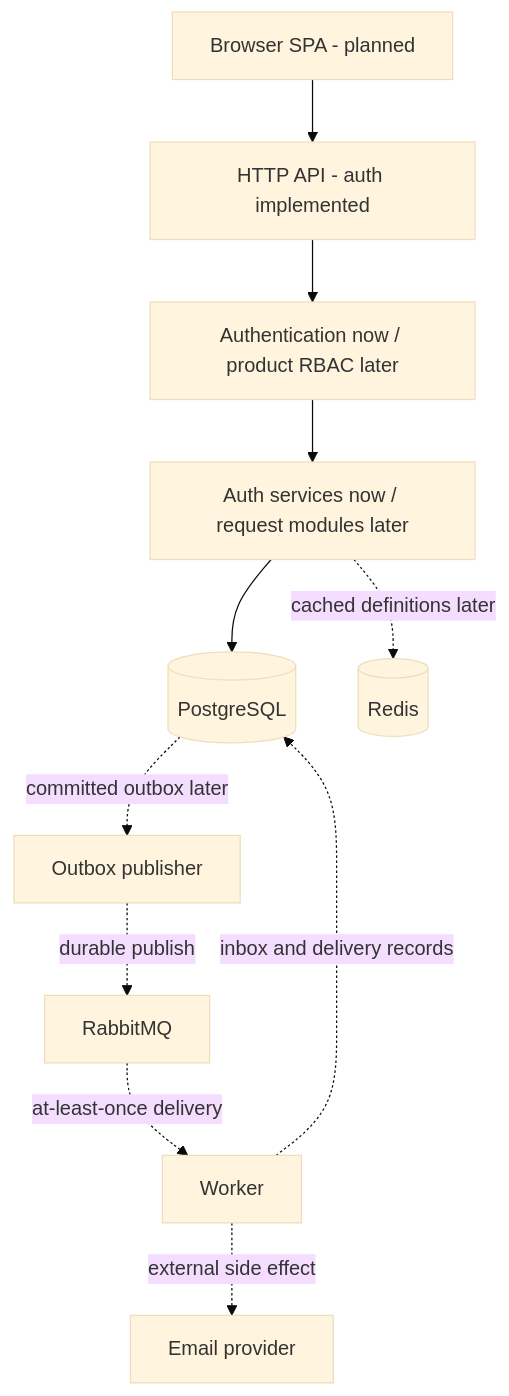
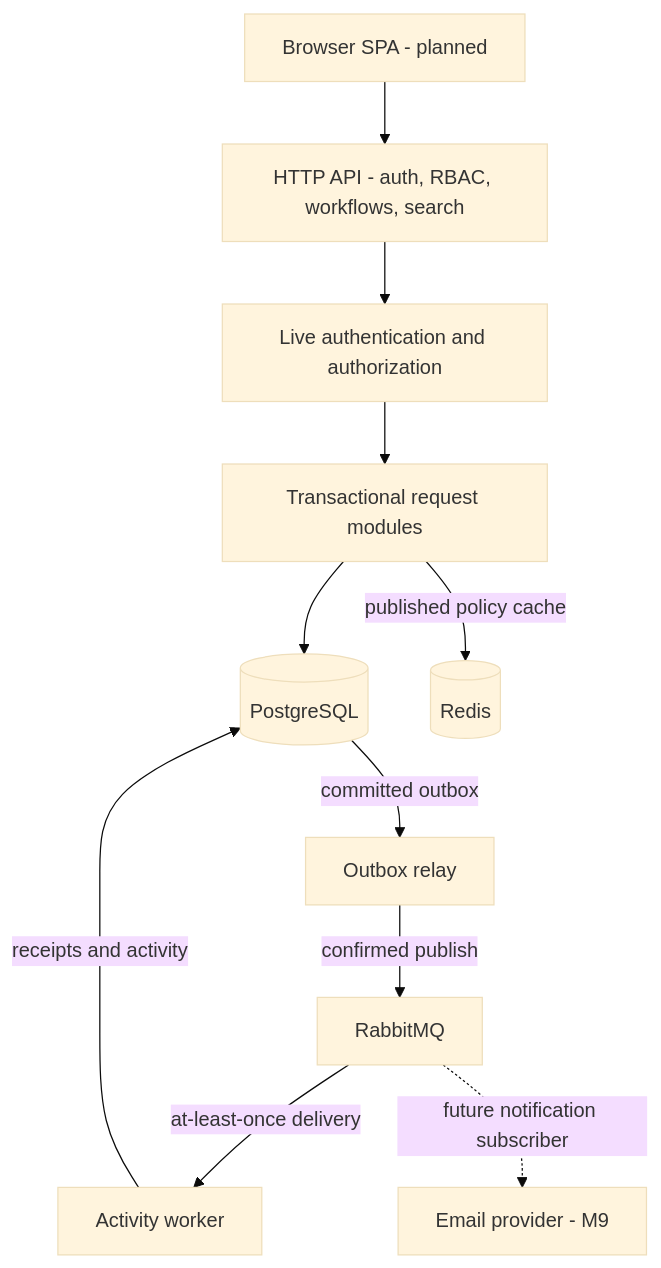
Before and after one commit to sagarbagwe/gateflow: the first of 2 diagrams in docs/architecture/system-design.md, drawn with Mermaid (base theme). The commit also changed other lines of this file and 38 other files, not shown here.

Commit message:
feat: add transactional outbox and asynchronous request activity

````diff
--- a/docs/architecture/system-design.md
+++ b/docs/architecture/system-design.md
@@ -65,13 +65,13 @@
 ```mermaid
 flowchart TD
-    UI[Browser SPA - planned] --> API[HTTP API - auth implemented]
-    API --> AUTH[Authentication now / product RBAC later]
-    AUTH --> DOMAIN[Auth services now / request modules later]
+    UI[Browser SPA - planned] --> API[HTTP API - auth, RBAC, workflows, search]
+    API --> AUTH[Live authentication and authorization]
+    AUTH --> DOMAIN[Transactional request modules]
     DOMAIN --> PG[(PostgreSQL)]
-    DOMAIN -. cached definitions later .-> REDIS[(Redis)]
-    PG -. committed outbox later .-> PUB[Outbox publisher]
-    PUB -. durable publish .-> MQ[RabbitMQ]
-    MQ -. at-least-once delivery .-> WORK[Worker]
-    WORK -. inbox and delivery records .-> PG
-    WORK -. external side effect .-> EMAIL[Email provider]
+    DOMAIN -- published policy cache --> REDIS[(Redis)]
+    PG -- committed outbox --> PUB[Outbox relay]
+    PUB -- confirmed publish --> MQ[RabbitMQ]
+    MQ -- at-least-once delivery --> WORK[Activity worker]
+    WORK -- receipts and activity --> PG
+    MQ -. future notification subscriber .-> EMAIL[Email provider - M9]
 ```
````
